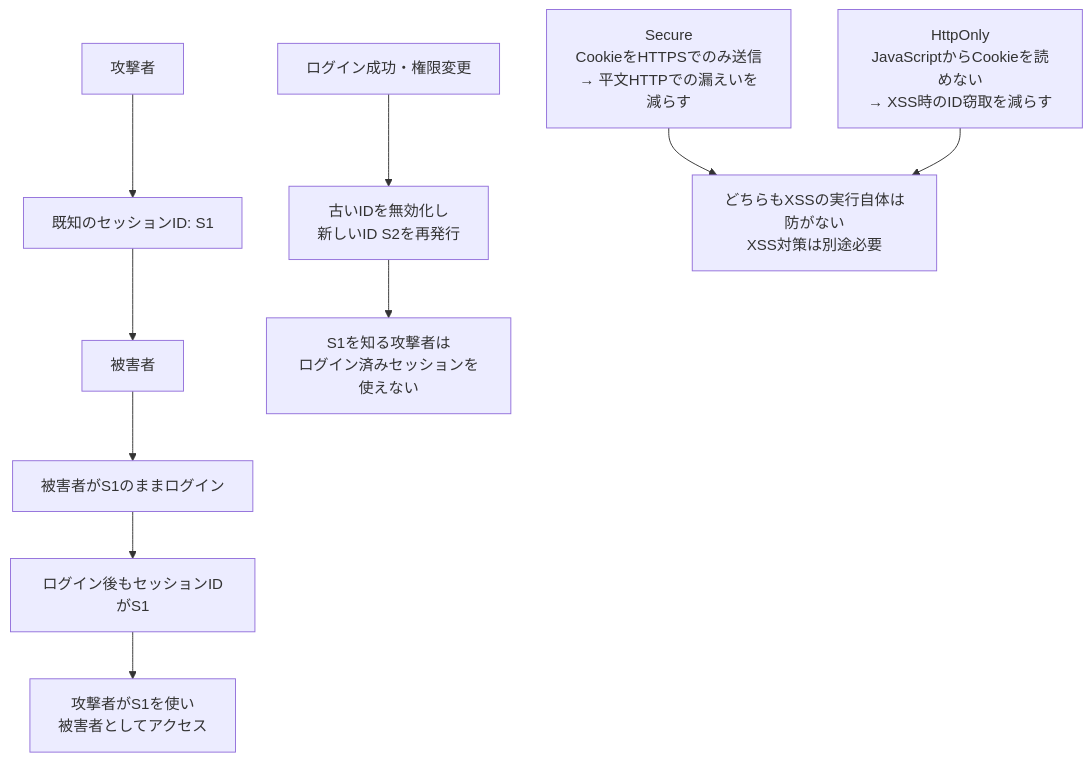
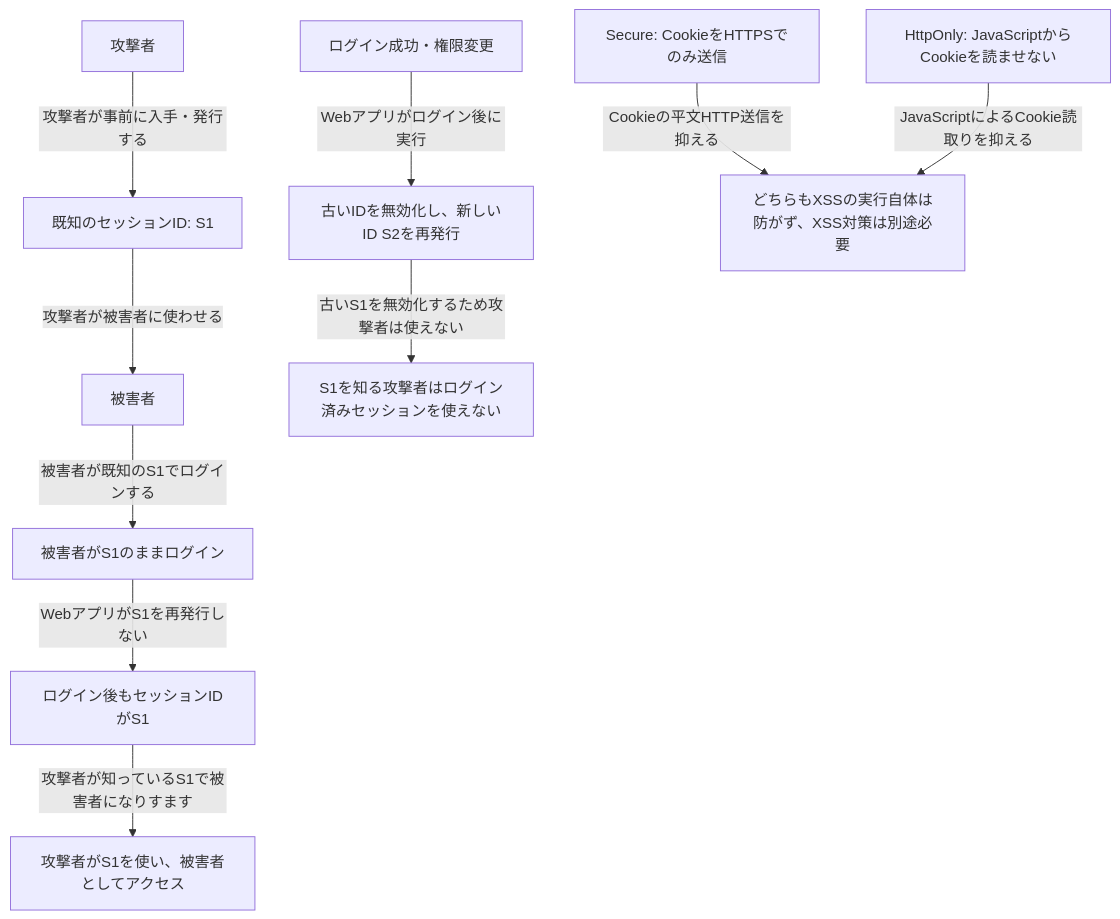
The diagram in 復習用/セッション固定とCookie属性.md (ShuntaSakai/security-specialist-study), drawn with Mermaid before and after one commit. The commit also changed 9 other files, not shown here.

Commit message:
docs: 復習図の主体と操作を明確化

````diff
--- a/復習用/セッション固定とCookie属性.md
+++ b/復習用/セッション固定とCookie属性.md
@@ -3,22 +3,27 @@
 ```mermaid
 flowchart TB
     ATTACKER["攻撃者"]
     KNOWN["既知のセッションID: S1"]
     VICTIM["被害者"]
     LOGIN["被害者がS1のままログイン"]
     NOREGEN["ログイン後もセッションIDがS1"]
-    HIJACK["攻撃者がS1を使い<br/>被害者としてアクセス"]
+    HIJACK["攻撃者がS1を使い、被害者としてアクセス"]
 
-    ATTACKER --> KNOWN --> VICTIM --> LOGIN --> NOREGEN --> HIJACK
+    ATTACKER -->|"攻撃者が事前に入手・発行する"| KNOWN
+    KNOWN -->|"攻撃者が被害者に使わせる"| VICTIM
+    VICTIM -->|"被害者が既知のS1でログインする"| LOGIN
+    LOGIN -->|"WebアプリがS1を再発行しない"| NOREGEN
+    NOREGEN -->|"攻撃者が知っているS1で被害者になりすます"| HIJACK
 
     LOGIN2["ログイン成功・権限変更"]
-    REGEN["古いIDを無効化し<br/>新しいID S2を再発行"]
-    SAFE["S1を知る攻撃者は<br/>ログイン済みセッションを使えない"]
-    LOGIN2 --> REGEN --> SAFE
+    REGEN["古いIDを無効化し、新しいID S2を再発行"]
+    SAFE["S1を知る攻撃者はログイン済みセッションを使えない"]
+    LOGIN2 -->|"Webアプリがログイン後に実行"| REGEN
+    REGEN -->|"古いS1を無効化するため攻撃者は使えない"| SAFE
 
-    SECURE["Secure<br/>CookieをHTTPSでのみ送信<br/>→ 平文HTTPでの漏えいを減らす"]
-    HTTPONLY["HttpOnly<br/>JavaScriptからCookieを読めない<br/>→ XSS時のID窃取を減らす"]
-    LIMIT["どちらもXSSの実行自体は防がない<br/>XSS対策は別途必要"]
-    SECURE --> LIMIT
-    HTTPONLY --> LIMIT
+    SECURE["Secure: CookieをHTTPSでのみ送信"]
+    HTTPONLY["HttpOnly: JavaScriptからCookieを読ませない"]
+    LIMIT["どちらもXSSの実行自体は防がず、XSS対策は別途必要"]
+    SECURE -->|"Cookieの平文HTTP送信を抑える"| LIMIT
+    HTTPONLY -->|"JavaScriptによるCookie読取りを抑える"| LIMIT
 ```
````
